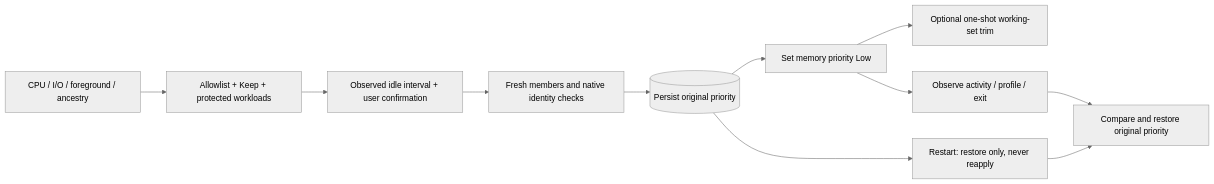
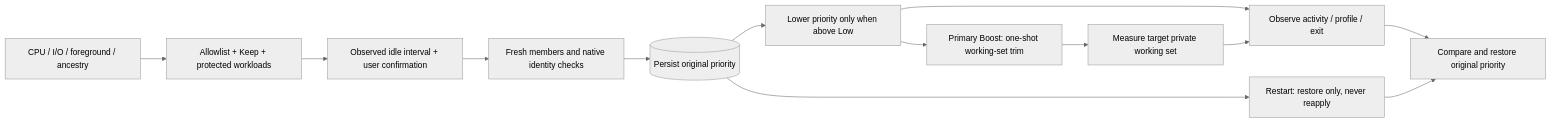
Before and after one commit to sanchatmd-dev/RamMx: the third of 3 diagrams in docs/DESIGN.md, drawn with Mermaid (neutral theme). The commit also changed other lines of this file and 13 other files, not shown here.

Commit message:
Make Boost reclaim working sets and report measured target RAM

````diff
--- a/docs/DESIGN.md
+++ b/docs/DESIGN.md
@@ -50,13 +50,15 @@
 ```mermaid
 flowchart LR
   Sample[CPU / I/O / foreground / ancestry] --> Policy[Allowlist + Keep + protected workloads]
   Policy --> Preview[Observed idle interval + user confirmation]
   Preview --> Fresh[Fresh members and native identity checks]
   Fresh --> Journal[(Persist original priority)]
-  Journal --> Low[Set memory priority Low]
-  Low --> Trim[Optional one-shot working-set trim]
+  Journal --> Low[Lower priority only when above Low]
+  Low --> Trim[Primary Boost: one-shot working-set trim]
+  Trim --> Measure[Measure target private working set]
   Low --> Watch[Observe activity / profile / exit]
+  Measure --> Watch
   Watch --> Restore[Compare and restore original priority]
   Journal --> Recovery[Restart: restore only, never reapply]
   Recovery --> Restore
 ```
````
